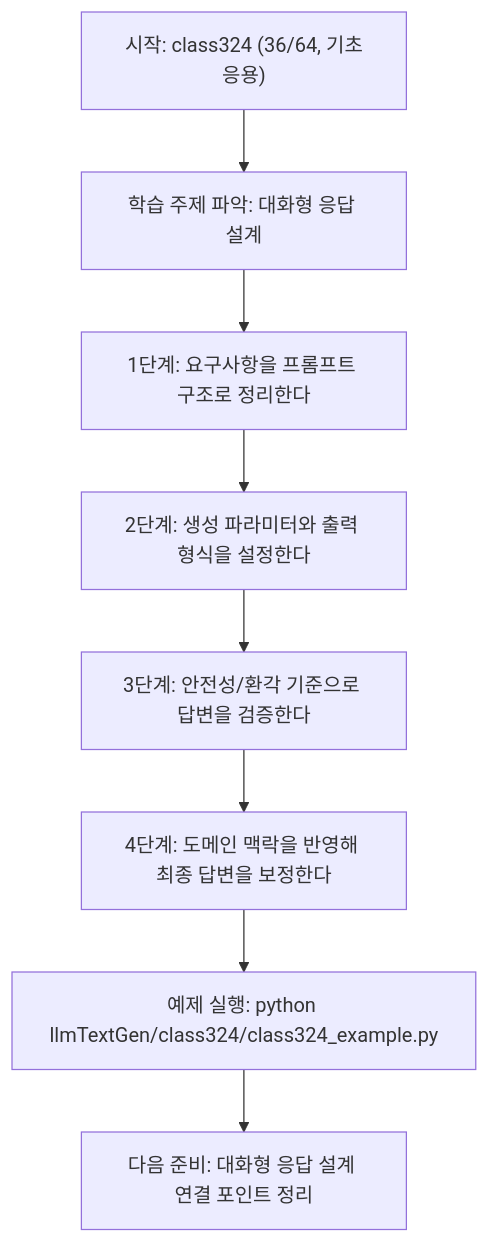
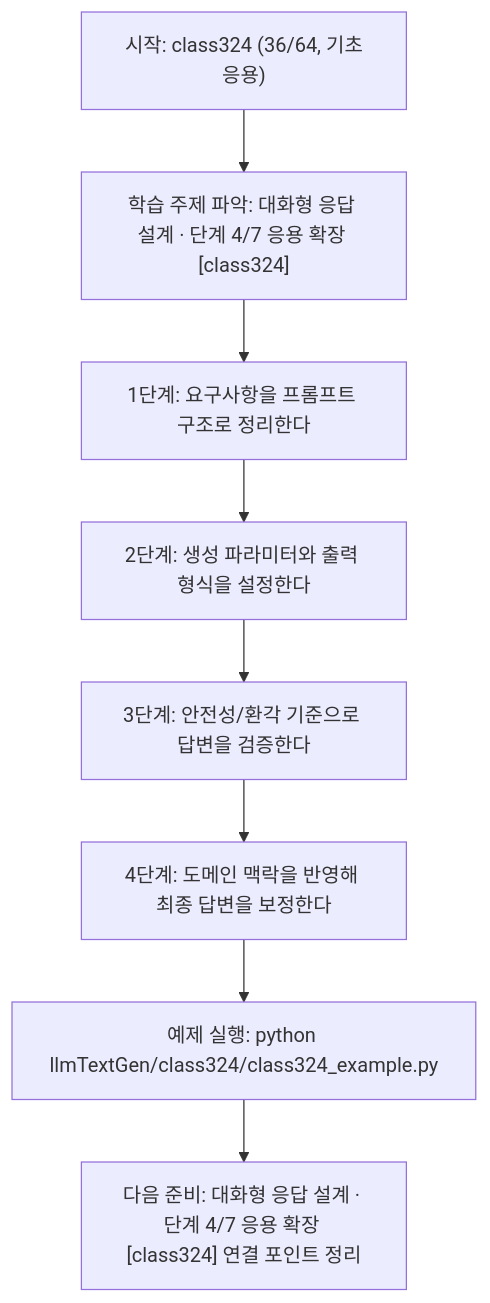
Before and after one commit to edumgt/Python-AI_Agent-Class: the diagram in llmTextGen/class324/class324.md, drawn with Mermaid. The commit also changed other lines of this file and 522 other files, not shown here.

````diff
--- a/llmTextGen/class324/class324.md
+++ b/llmTextGen/class324/class324.md
@@ -113,18 +114,18 @@
 ```mermaid
 flowchart TD
 N1["시작: class324 (36/64, 기초응용)"]
-N2["학습 주제 파악: 대화형 응답 설계"]
+N2["학습 주제 파악: 대화형 응답 설계 · 단계 4/7 응용 확장 [class324]"]
 N3["1단계: 요구사항을 프롬프트 구조로 정리한다"]
 N4["2단계: 생성 파라미터와 출력 형식을 설정한다"]
 N5["3단계: 안전성/환각 기준으로 답변을 검증한다"]
 N6["4단계: 도메인 맥락을 반영해 최종 답변을 보정한다"]
 N7["예제 실행: python llmTextGen/class324/class324_example.py"]
-N8["다음 준비: 대화형 응답 설계 연결 포인트 정리"]
+N8["다음 준비: 대화형 응답 설계 · 단계 4/7 응용 확장 [class324] 연결 포인트 정리"]
 N1 --> N2
 N2 --> N3
 N3 --> N4
 N4 --> N5
 N5 --> N6
 N6 --> N7
 N7 --> N8
 ```
````
